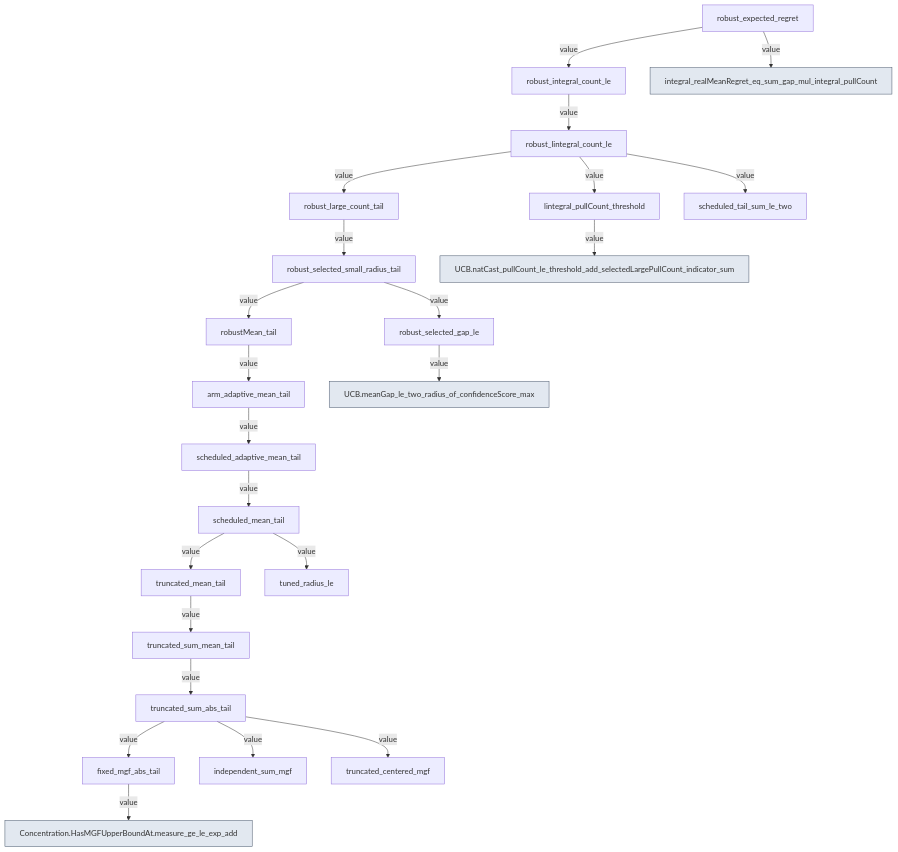
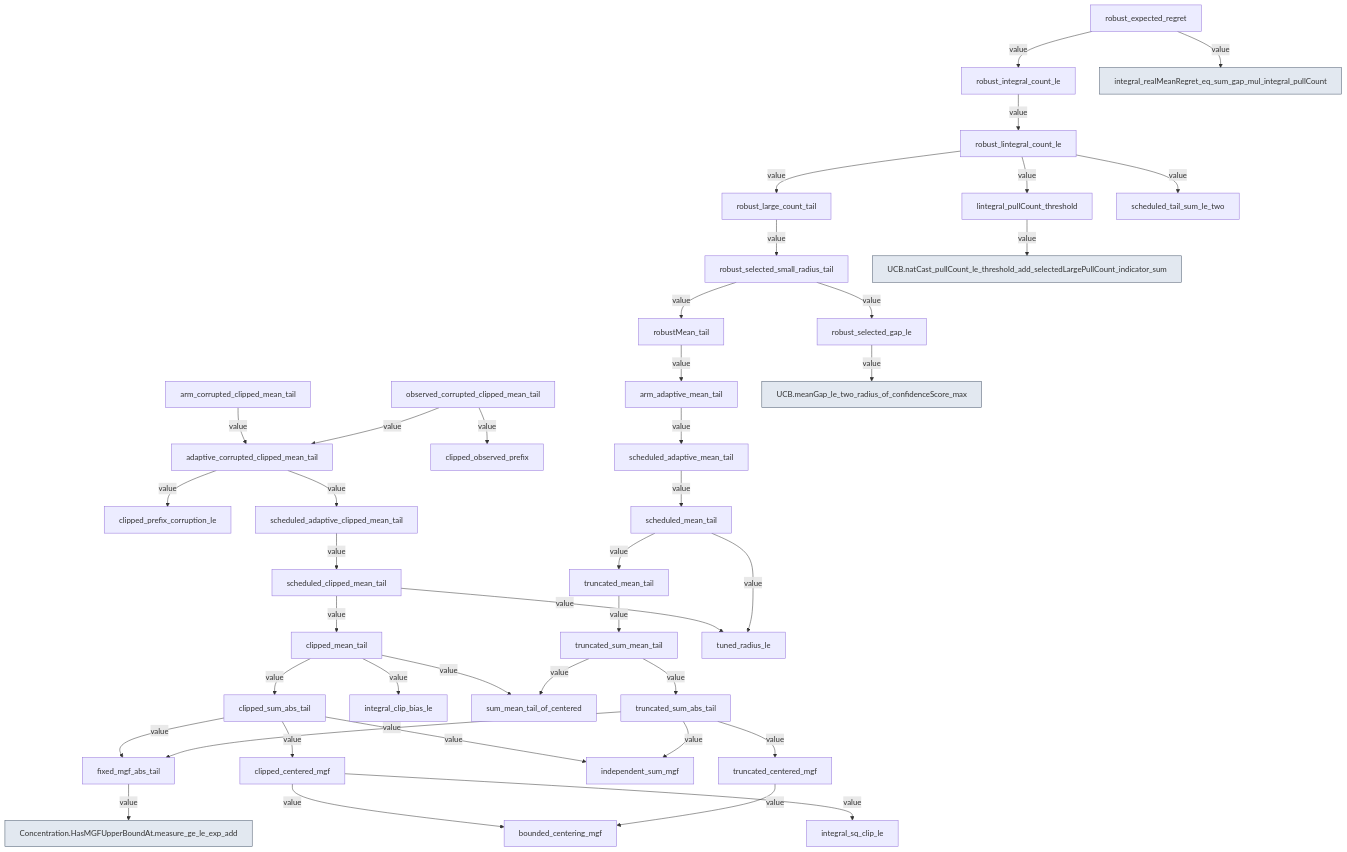
Before and after one commit to DakeBU/Auto-Bandit-RL-Proof-In-Sleep: the diagram in docs/extended-topics/COMPILED-REFERENCES.md, drawn with Mermaid. The commit also changed other lines of this file and 3 other files, not shown here.

````diff
--- a/docs/extended-topics/COMPILED-REFERENCES.md
+++ b/docs/extended-topics/COMPILED-REFERENCES.md
@@ -7,53 +7,85 @@
 ```mermaid
 flowchart TD
   n0["Concentration.HasMGFUpperBoundAt.measure_ge_le_exp_add"]
-  n1["arm_adaptive_mean_tail"]
-  n2["fixed_mgf_abs_tail"]
-  n3["independent_sum_mgf"]
-  n4["lintegral_pullCount_threshold"]
-  n5["robustMean_tail"]
-  n6["robust_expected_regret"]
-  n7["robust_integral_count_le"]
-  n8["robust_large_count_tail"]
-  n9["robust_lintegral_count_le"]
-  n10["robust_selected_gap_le"]
-  n11["robust_selected_small_radius_tail"]
-  n12["scheduled_adaptive_mean_tail"]
-  n13["scheduled_mean_tail"]
-  n14["scheduled_tail_sum_le_two"]
-  n15["truncated_centered_mgf"]
-  n16["truncated_mean_tail"]
-  n17["truncated_sum_abs_tail"]
-  n18["truncated_sum_mean_tail"]
-  n19["tuned_radius_le"]
-  n20["UCB.meanGap_le_two_radius_of_confidenceScore_max"]
-  n21["UCB.natCast_pullCount_le_threshold_add_selectedLargePullCount_indicator_sum"]
-  n22["integral_realMeanRegret_eq_sum_gap_mul_integral_pullCount"]
-  n1 -->|"value"| n12
-  n2 -->|"value"| n0
-  n4 -->|"value"| n21
-  n5 -->|"value"| n1
-  n6 -->|"value"| n7
-  n6 -->|"value"| n22
-  n7 -->|"value"| n9
-  n8 -->|"value"| n11
-  n9 -->|"value"| n4
-  n9 -->|"value"| n8
-  n9 -->|"value"| n14
-  n10 -->|"value"| n20
-  n11 -->|"value"| n5
-  n11 -->|"value"| n10
-  n12 -->|"value"| n13
-  n13 -->|"value"| n16
-  n13 -->|"value"| n19
-  n16 -->|"value"| n18
-  n17 -->|"value"| n2
-  n17 -->|"value"| n3
-  n17 -->|"value"| n15
-  n18 -->|"value"| n17
+  n1["adaptive_corrupted_clipped_mean_tail"]
+  n2["arm_adaptive_mean_tail"]
+  n3["arm_corrupted_clipped_mean_tail"]
+  n4["bounded_centering_mgf"]
+  n5["clipped_centered_mgf"]
+  n6["clipped_mean_tail"]
+  n7["clipped_observed_prefix"]
+  n8["clipped_prefix_corruption_le"]
+  n9["clipped_sum_abs_tail"]
+  n10["fixed_mgf_abs_tail"]
+  n11["independent_sum_mgf"]
+  n12["integral_clip_bias_le"]
+  n13["integral_sq_clip_le"]
+  n14["lintegral_pullCount_threshold"]
+  n15["observed_corrupted_clipped_mean_tail"]
+  n16["robustMean_tail"]
+  n17["robust_expected_regret"]
+  n18["robust_integral_count_le"]
+  n19["robust_large_count_tail"]
+  n20["robust_lintegral_count_le"]
+  n21["robust_selected_gap_le"]
+  n22["robust_selected_small_radius_tail"]
+  n23["scheduled_adaptive_clipped_mean_tail"]
+  n24["scheduled_adaptive_mean_tail"]
+  n25["scheduled_clipped_mean_tail"]
+  n26["scheduled_mean_tail"]
+  n27["scheduled_tail_sum_le_two"]
+  n28["sum_mean_tail_of_centered"]
+  n29["truncated_centered_mgf"]
+  n30["truncated_mean_tail"]
+  n31["truncated_sum_abs_tail"]
+  n32["truncated_sum_mean_tail"]
+  n33["tuned_radius_le"]
+  n34["UCB.meanGap_le_two_radius_of_confidenceScore_max"]
+  n35["UCB.natCast_pullCount_le_threshold_add_selectedLargePullCount_indicator_sum"]
+  n36["integral_realMeanRegret_eq_sum_gap_mul_integral_pullCount"]
+  n1 -->|"value"| n8
+  n1 -->|"value"| n23
+  n2 -->|"value"| n24
+  n3 -->|"value"| n1
+  n5 -->|"value"| n4
+  n5 -->|"value"| n13
+  n6 -->|"value"| n9
+  n6 -->|"value"| n12
+  n6 -->|"value"| n28
+  n9 -->|"value"| n5
+  n9 -->|"value"| n10
+  n9 -->|"value"| n11
+  n10 -->|"value"| n0
+  n14 -->|"value"| n35
+  n15 -->|"value"| n1
+  n15 -->|"value"| n7
+  n16 -->|"value"| n2
+  n17 -->|"value"| n18
+  n17 -->|"value"| n36
+  n18 -->|"value"| n20
+  n19 -->|"value"| n22
+  n20 -->|"value"| n14
+  n20 -->|"value"| n19
+  n20 -->|"value"| n27
+  n21 -->|"value"| n34
+  n22 -->|"value"| n16
+  n22 -->|"value"| n21
+  n23 -->|"value"| n25
+  n24 -->|"value"| n26
+  n25 -->|"value"| n6
+  n25 -->|"value"| n33
+  n26 -->|"value"| n30
+  n26 -->|"value"| n33
+  n29 -->|"value"| n4
+  n30 -->|"value"| n32
+  n31 -->|"value"| n10
+  n31 -->|"value"| n11
+  n31 -->|"value"| n29
+  n32 -->|"value"| n28
+  n32 -->|"value"| n31
   classDef frozen fill:#e2e8f0,stroke:#475569
   class n0 frozen
-  class n20 frozen
-  class n21 frozen
-  class n22 frozen
+  class n34 frozen
+  class n35 frozen
+  class n36 frozen
 ```
````
